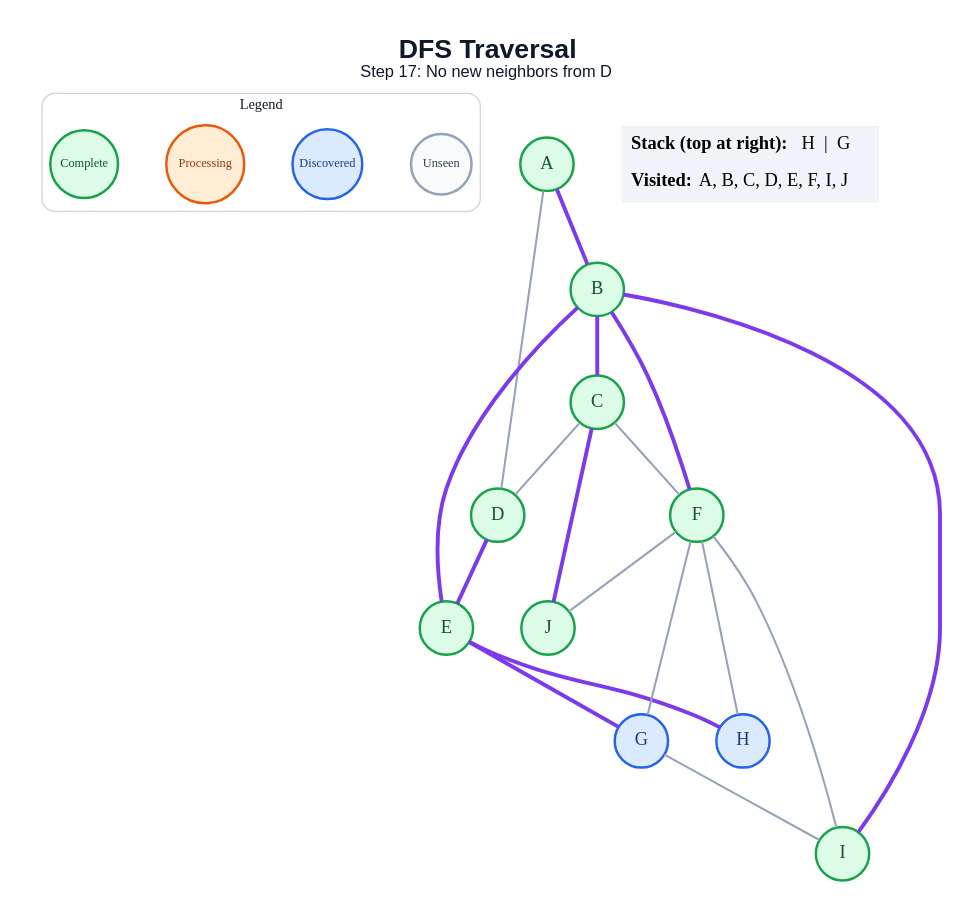
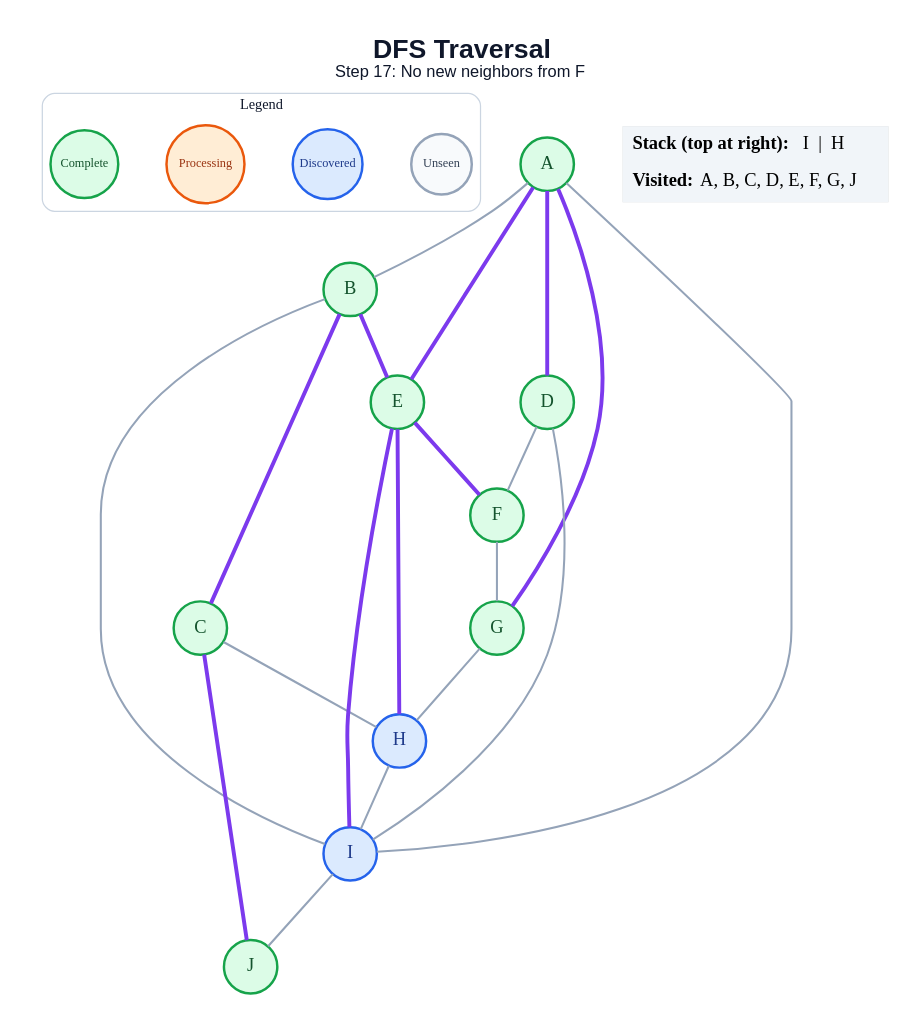
Before and after one commit to anon7238593-create/ai-slop: the diagram in generated/specific-node/dfs/step_17.dot, drawn with Graphviz. The commit also changed 178 other files, not shown here.

```diff
--- a/generated/specific-node/dfs/step_17.dot
+++ b/generated/specific-node/dfs/step_17.dot
@@ -1,46 +1,48 @@
 graph traversal {
   graph [layout=dot, rankdir=TB, bgcolor="#FFFFFF", pad="0.35", nodesep="0.65", ranksep="0.8", fontname="Arial"];
   node [shape=circle, style="filled", fontname="Arial Bold", fontsize=18, width=0.72, fixedsize=true, penwidth=2.4];
   edge [color="#94A3B8", penwidth=2.0];
-  label=<<B>DFS Traversal</B><BR/><FONT POINT-SIZE="16">Step 17: No new neighbors from D</FONT>>; labelloc="t"; fontsize=26; fontname="Arial"; fontcolor="#0F172A";
+  label=<<B>DFS Traversal</B><BR/><FONT POINT-SIZE="16">Step 17: No new neighbors from F</FONT>>; labelloc="t"; fontsize=26; fontname="Arial"; fontcolor="#0F172A";
   subgraph cluster_legend { label="Legend"; color="#CBD5E1"; penwidth=1.2; style="rounded"; fontsize=14; fontname="Arial Bold";
     key_unseen [label="Unseen", fillcolor="#F8FAFC", color="#94A3B8", fontcolor="#334155", fontsize=12, width=0.82];
     key_frontier [label="Discovered", fillcolor="#DBEAFE", color="#2563EB", fontcolor="#1E3A8A", fontsize=12, width=0.95];
     key_current [label="Processing", fillcolor="#FFEDD5", color="#EA580C", fontcolor="#9A3412", fontsize=12, width=1.05];
     key_done [label="Complete", fillcolor="#DCFCE7", color="#16A34A", fontcolor="#14532D", fontsize=12, width=0.92];
     { rank=same; key_unseen; key_frontier; key_current; key_done; }
   }
   A [fillcolor="#DCFCE7", color="#16A34A", fontcolor="#14532D"];
   B [fillcolor="#DCFCE7", color="#16A34A", fontcolor="#14532D"];
   C [fillcolor="#DCFCE7", color="#16A34A", fontcolor="#14532D"];
   D [fillcolor="#DCFCE7", color="#16A34A", fontcolor="#14532D"];
   E [fillcolor="#DCFCE7", color="#16A34A", fontcolor="#14532D"];
   F [fillcolor="#DCFCE7", color="#16A34A", fontcolor="#14532D"];
-  G [fillcolor="#DBEAFE", color="#2563EB", fontcolor="#1E3A8A"];
+  G [fillcolor="#DCFCE7", color="#16A34A", fontcolor="#14532D"];
   H [fillcolor="#DBEAFE", color="#2563EB", fontcolor="#1E3A8A"];
-  I [fillcolor="#DCFCE7", color="#16A34A", fontcolor="#14532D"];
+  I [fillcolor="#DBEAFE", color="#2563EB", fontcolor="#1E3A8A"];
   J [fillcolor="#DCFCE7", color="#16A34A", fontcolor="#14532D"];
-  A -- B [color="#7C3AED", penwidth=3.8];
-  A -- D;
+  A -- B;
+  A -- D [color="#7C3AED", penwidth=3.8];
+  A -- E [color="#7C3AED", penwidth=3.8];
+  A -- G [color="#7C3AED", penwidth=3.8];
+  A -- I;
   B -- C [color="#7C3AED", penwidth=3.8];
   B -- E [color="#7C3AED", penwidth=3.8];
-  B -- F [color="#7C3AED", penwidth=3.8];
-  B -- I [color="#7C3AED", penwidth=3.8];
-  C -- D;
-  C -- F;
+  B -- I;
+  C -- H;
   C -- J [color="#7C3AED", penwidth=3.8];
-  D -- E [color="#7C3AED", penwidth=3.8];
-  E -- G [color="#7C3AED", penwidth=3.8];
+  D -- F;
+  D -- I;
+  E -- F [color="#7C3AED", penwidth=3.8];
   E -- H [color="#7C3AED", penwidth=3.8];
+  E -- I [color="#7C3AED", penwidth=3.8];
   F -- G;
-  F -- H;
-  F -- I;
-  F -- J;
-  G -- I;
+  G -- H;
+  H -- I;
+  I -- J;
   status [shape=plain, fixedsize=false, width=0, height=0, margin=0, label=<
     <TABLE BORDER="0" CELLBORDER="0" CELLPADDING="7" BGCOLOR="#F1F5F9">
-      <TR><TD ALIGN="LEFT"><B>Stack (top at right):</B> H  |  G</TD></TR>
-      <TR><TD ALIGN="LEFT"><B>Visited:</B> A, B, C, D, E, F, I, J</TD></TR>
+      <TR><TD ALIGN="LEFT"><B>Stack (top at right):</B> I  |  H</TD></TR>
+      <TR><TD ALIGN="LEFT"><B>Visited:</B> A, B, C, D, E, F, G, J</TD></TR>
     </TABLE>
   >];
 }
```
